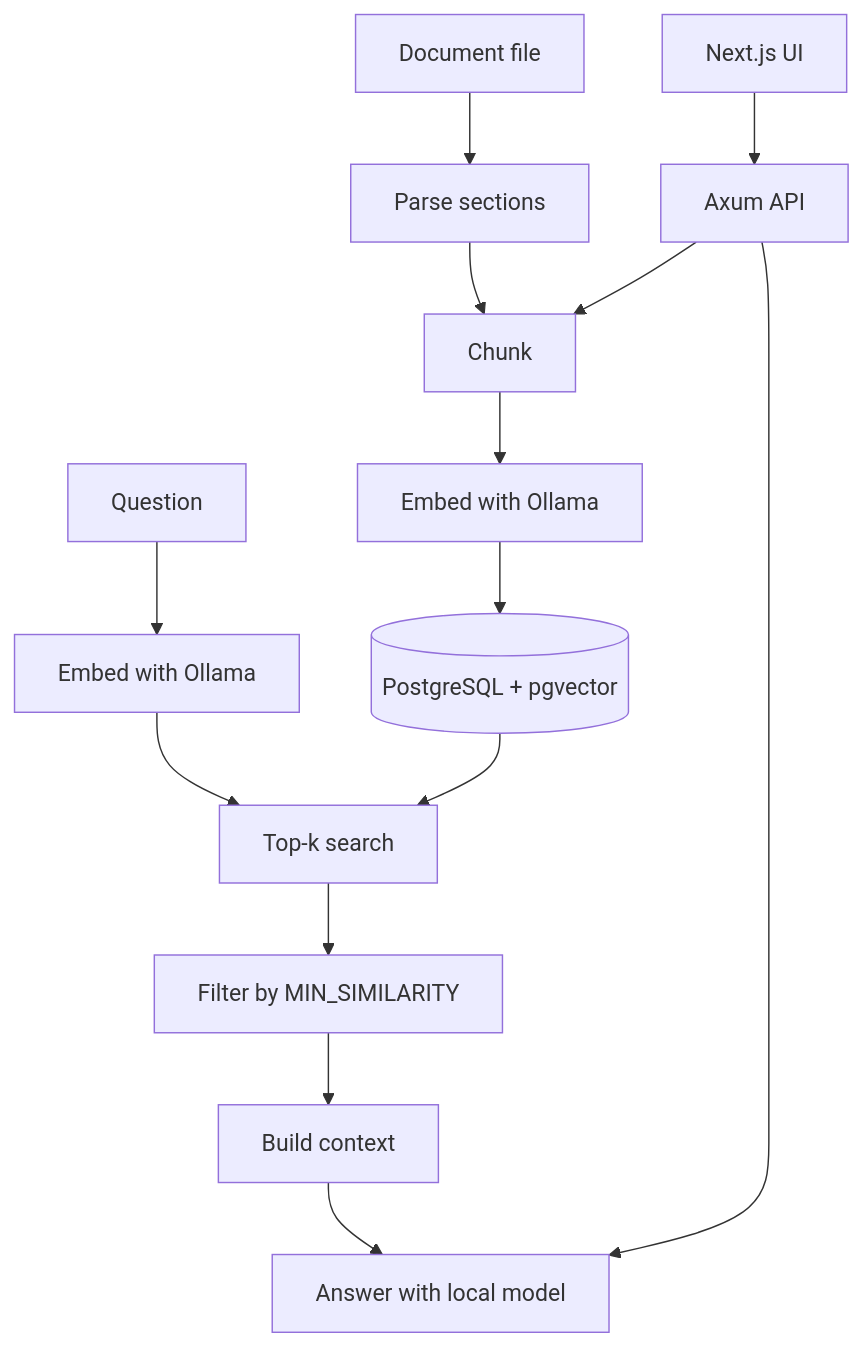
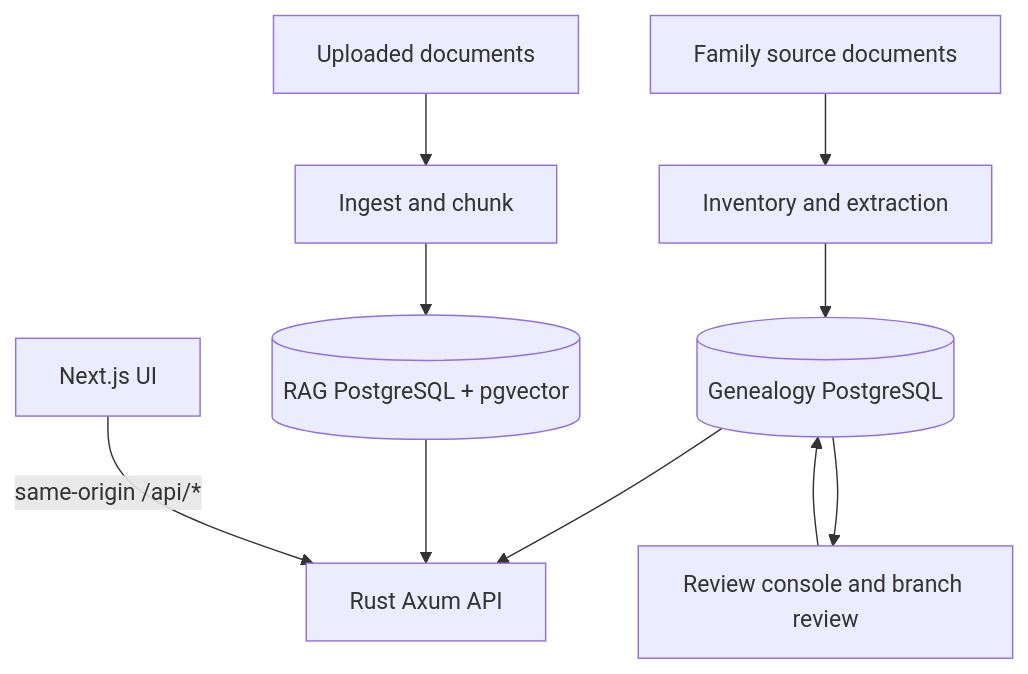
The diagram in README.md (imhttran/tran), drawn with Mermaid before and after one commit. The commit also changed other lines of this file and 9 other files, not shown here.

````diff
--- a/README.md
+++ b/README.md
@@ -17,16 +31,12 @@
 ```mermaid
 flowchart TD
-    doc[Document file] --> parse[Parse sections]
-    parse --> chunk[Chunk]
-    chunk --> embed[Embed with Ollama]
-    embed --> db[(PostgreSQL + pgvector)]
-    q[Question] --> qembed[Embed with Ollama]
-    qembed --> search[Top-k search]
-    db --> search
-    search --> filter[Filter by MIN_SIMILARITY]
-    filter --> ctx[Build context]
-    ctx --> answer[Answer with local model]
-    browser[Next.js UI] --> api[Axum API]
-    api --> chunk
-    api --> answer
+    src[Family source documents] --> inv[Inventory and extraction]
+    inv --> gen[(Genealogy PostgreSQL)]
+    docs[Uploaded documents] --> ingest[Ingest and chunk]
+    ingest --> rag[(RAG PostgreSQL + pgvector)]
+    gen --> api[Rust Axum API]
+    rag --> api
+    web[Next.js UI] -->|same-origin /api/*| api
+    gen --> review[Review console and branch review]
+    review --> gen
 ```
````
